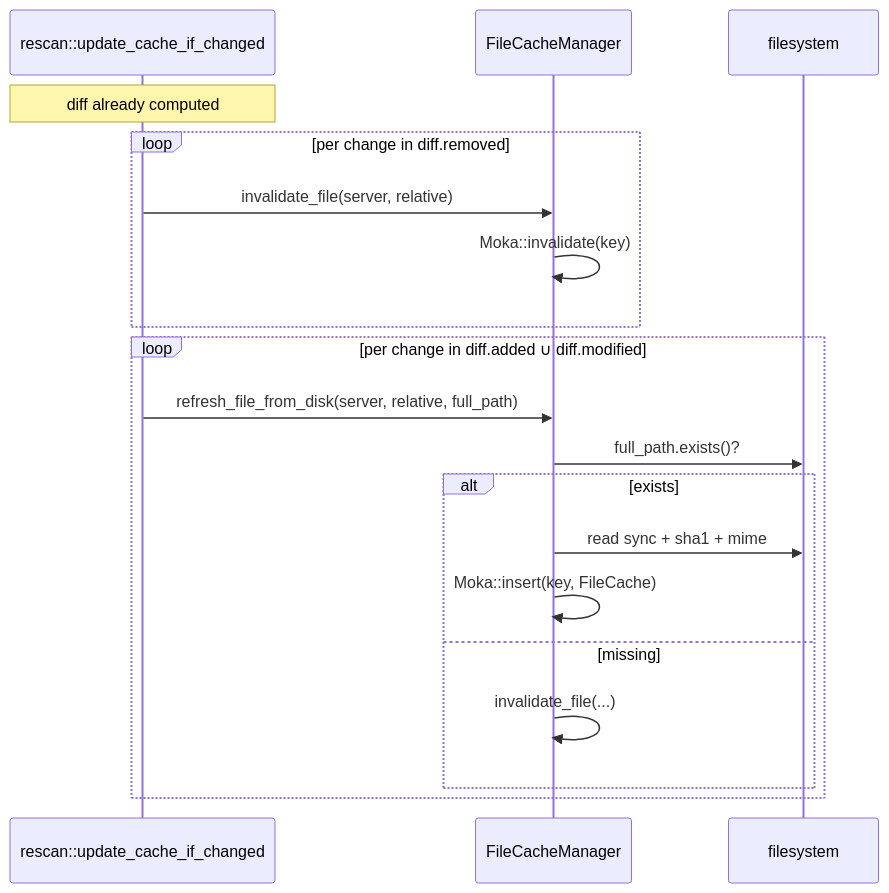
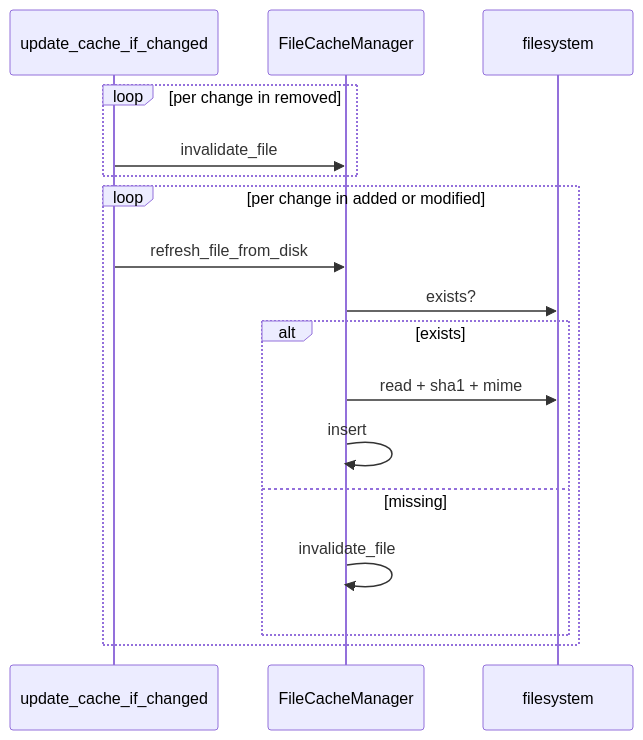
Before and after one commit to Lighty-Launcher/LightyUpdater: the second of 3 diagrams in crates/file-cache/docs/flows.md, drawn with Mermaid. The commit also changed other lines of this file and 22 other files, not shown here.

First line of the commit message:
Simplify per-crate docs + harden mermaid for GitBook

````diff
--- a/crates/file-cache/docs/flows.md
+++ b/crates/file-cache/docs/flows.md
@@ -41,22 +28,20 @@
 ```mermaid
 sequenceDiagram
-    participant RU as rescan::update_cache_if_changed
+    participant Rescan as update_cache_if_changed
     participant FC as FileCacheManager
     participant FS as filesystem
 
-    Note over RU: diff already computed
-    loop per change in diff.removed
-        RU->>FC: invalidate_file(server, relative)
-        FC->>FC: Moka::invalidate(key)
+    loop per change in removed
+        Rescan->>FC: invalidate_file
     end
-    loop per change in diff.added ∪ diff.modified
-        RU->>FC: refresh_file_from_disk(server, relative, full_path)
-        FC->>FS: full_path.exists()?
+    loop per change in added or modified
+        Rescan->>FC: refresh_file_from_disk
+        FC->>FS: exists?
         alt exists
-            FC->>FS: read sync + sha1 + mime
-            FC->>FC: Moka::insert(key, FileCache)
+            FC->>FS: read + sha1 + mime
+            FC->>FC: insert
         else missing
-            FC->>FC: invalidate_file(...)
+            FC->>FC: invalidate_file
         end
     end
 ```
````
